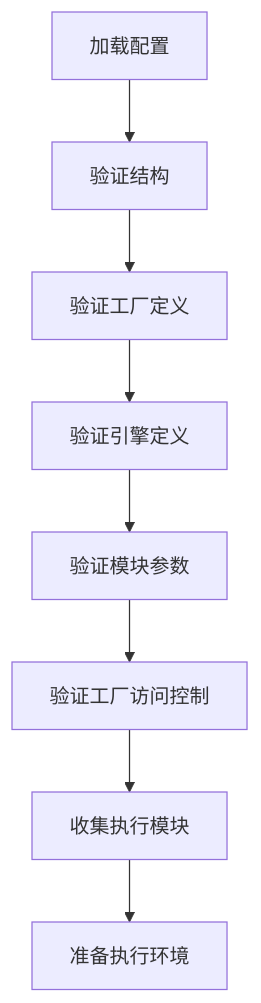
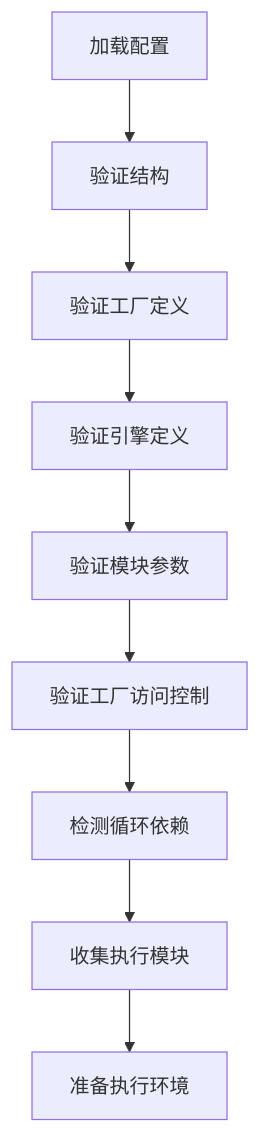
One commit to loong22/paraConfig changed the sixth of 6 diagrams in doc.md. Above: the diagram before and after it, drawn with Mermaid. The commit also changed other lines of this file and 3 other files, not shown here.

````diff
--- a/doc.md
+++ b/doc.md
@@ -281,10 +313,11 @@
 ```mermaid
 flowchart TD
     A[加载配置] --> B[验证结构]
     B --> C[验证工厂定义]
     C --> D[验证引擎定义]
     D --> E[验证模块参数]
     E --> F[验证工厂访问控制]
-    F --> G[收集执行模块]
-    G --> H[准备执行环境]
+    F --> G[检测循环依赖]
+    G --> H[收集执行模块]
+    H --> I[准备执行环境]
 ```
````
